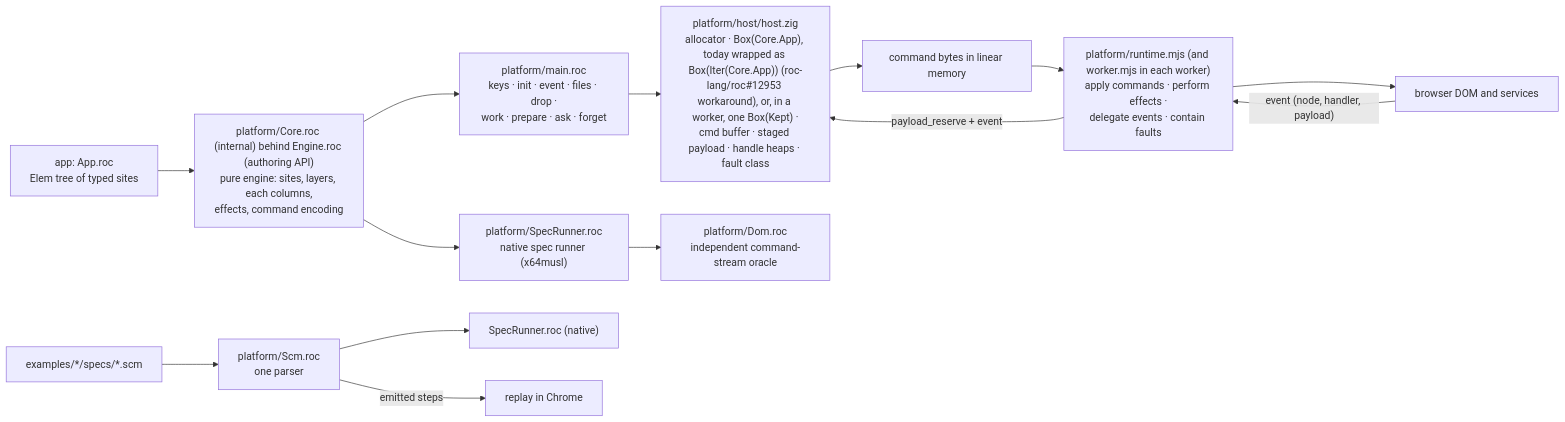
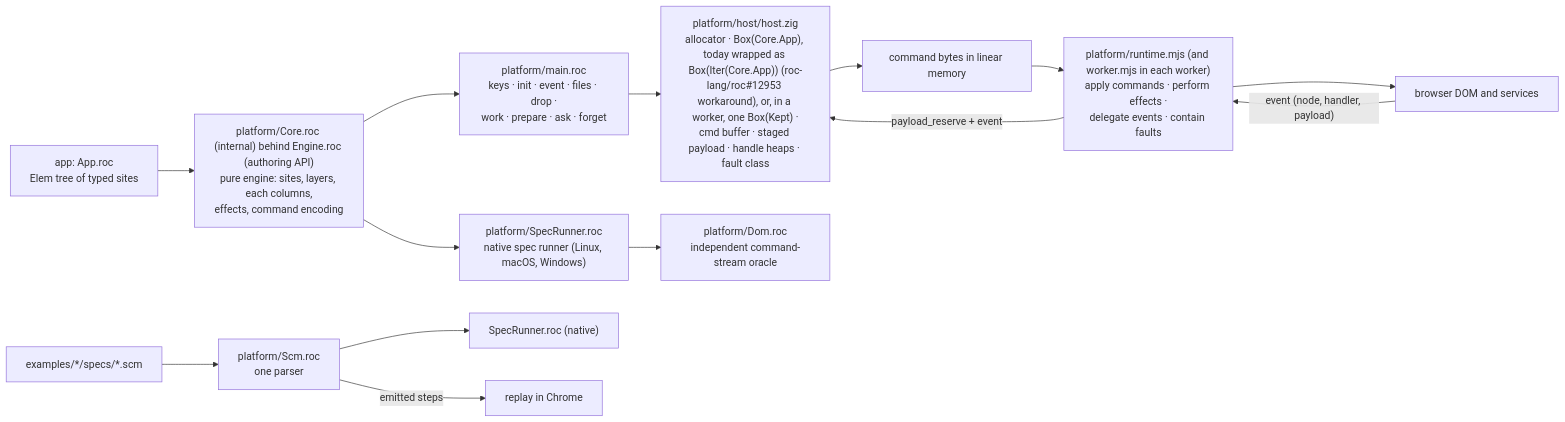
Before and after one commit to lukewilliamboswell/roc-signals: the diagram in design.md, drawn with Mermaid. The commit also changed other lines of this file and 6 other files, not shown here.

````diff
--- a/design.md
+++ b/design.md
@@ -263,17 +263,17 @@
 ```mermaid
 flowchart LR
     App["app: App.roc<br/>Elem tree of typed sites"] --> Engine["platform/Core.roc (internal) behind Engine.roc (authoring API)<br/>pure engine: sites, layers, each columns,<br/>effects, command encoding"]
     Engine --> Main["platform/main.roc<br/>keys · init · event · files · drop ·<br/>work · prepare · ask · forget"]
     Main --> Host["platform/host/host.zig<br/>allocator · Box(Core.App), today wrapped as Box(Iter(Core.App)) (roc-lang/roc#12953 workaround), or, in a worker, one Box(Kept) ·<br/>cmd buffer · staged payload · handle heaps · fault class"]
     Host --> Wire["command bytes in linear memory"]
     Wire --> JS["platform/runtime.mjs (and worker.mjs in each worker)<br/>apply commands · perform effects ·<br/>delegate events · contain faults"]
     JS --> DOM["browser DOM and services"]
     DOM -->|"event (node, handler, payload)"| JS
     JS -->|"payload_reserve + event"| Host
 
-    Engine --> Test["platform/SpecRunner.roc<br/>native spec runner (x64musl)"]
+    Engine --> Test["platform/SpecRunner.roc<br/>native spec runner (Linux, macOS, Windows)"]
     Test --> Oracle["platform/Dom.roc<br/>independent command-stream oracle"]
     Scm["examples/*/specs/*.scm"] --> Parser["platform/Scm.roc<br/>one parser"]
     Parser --> Native["SpecRunner.roc (native)"]
     Parser -->|"emitted steps"| Browser["replay in Chrome"]
 ```
````
